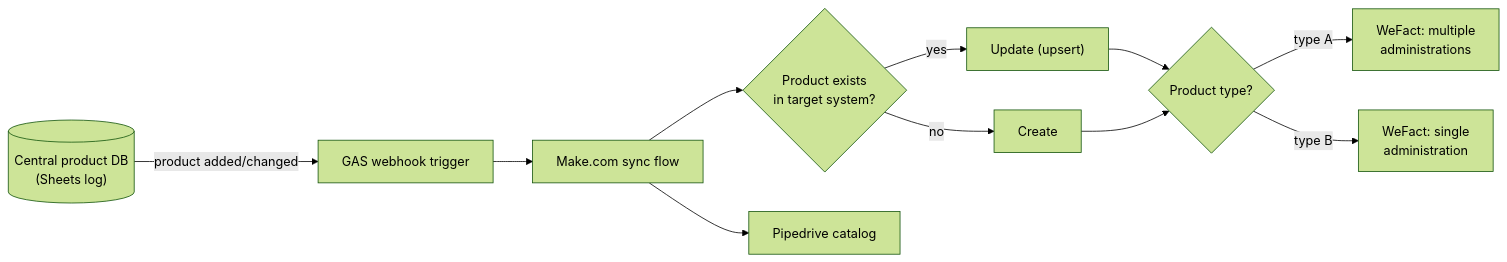
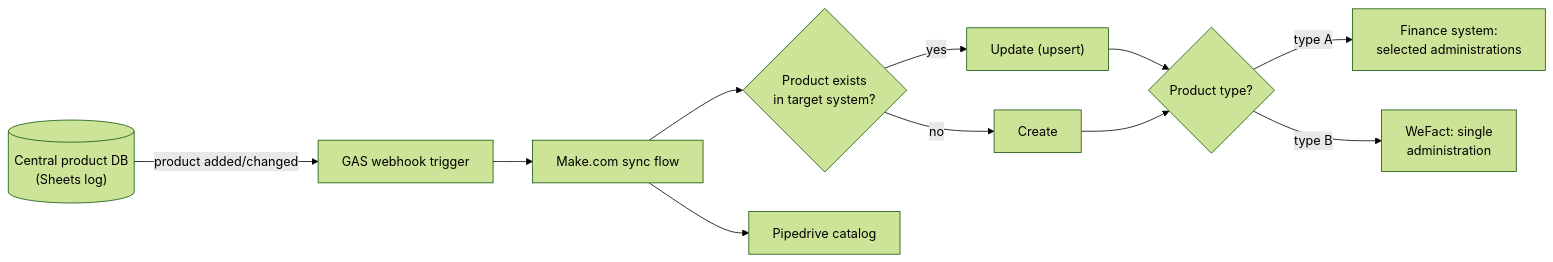
One commit to MatthiasBusscher/automation-portfolio changed the diagram in case-studies/02-product-master-data-sync.md. Above: the diagram before and after it, drawn with Mermaid (forest theme). The commit also changed other lines of this file and 16 other files, not shown here.

````diff
--- a/case-studies/02-product-master-data-sync.md
+++ b/case-studies/02-product-master-data-sync.md
@@ -13,12 +13,12 @@
 ```mermaid
 flowchart LR
     DB[("Central product DB<br/>(Sheets log)")] -- "product added/changed" --> GAS["GAS webhook trigger"]
     GAS --> MAKE["Make.com sync flow"]
     MAKE --> SEARCH{"Product exists<br/>in target system?"}
     SEARCH -- yes --> UPD["Update (upsert)"]
     SEARCH -- no --> CREATE["Create"]
     UPD & CREATE --> ROUTE{"Product type?"}
-    ROUTE -- "type A" --> BOTH["WeFact: multiple<br/>administrations"]
+    ROUTE -- "type A" --> BOTH["Finance system:<br/>selected administrations"]
     ROUTE -- "type B" --> SINGLE["WeFact: single<br/>administration"]
     MAKE --> PD["Pipedrive catalog"]
 ```
````
